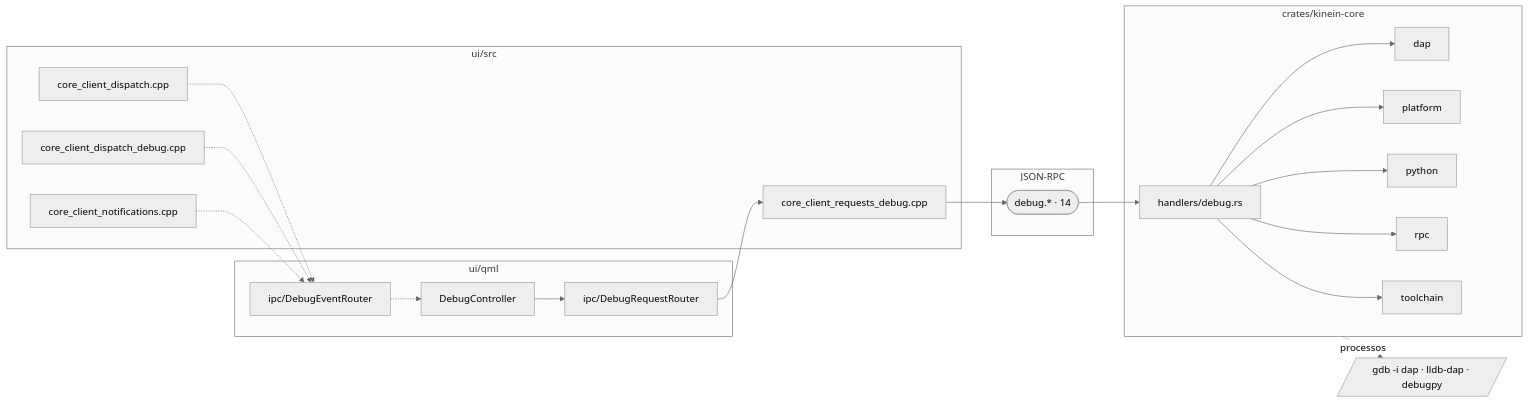
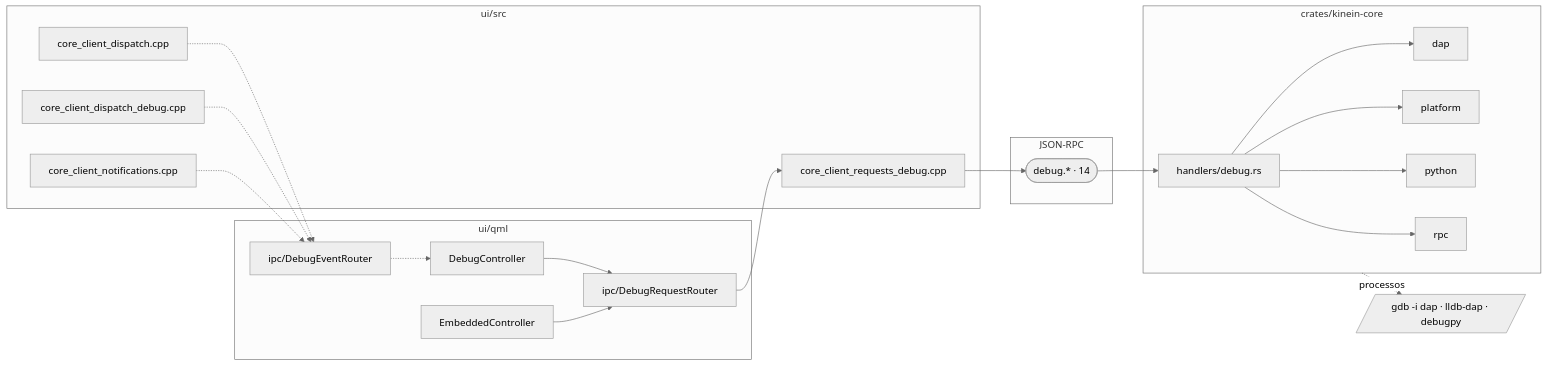
One commit to ViktorWalde/KineinVectis changed the ninth of 16 diagrams in DocsPublic/arquitetura/01-mapa-de-modulos.md. Above: the diagram before and after it, drawn with Mermaid (neutral theme). The commit also changed other lines of this file and 34 other files, not shown here.

````diff
--- a/DocsPublic/arquitetura/01-mapa-de-modulos.md
+++ b/DocsPublic/arquitetura/01-mapa-de-modulos.md
@@ -858,40 +860,40 @@
 ```mermaid
 flowchart LR
   subgraph QML["ui/qml"]
     n_ui_qml_debug_DebugController_qml["DebugController"]
+    n_ui_qml_embedded_EmbeddedController_qml["EmbeddedController"]
     n_ui_qml_ipc_DebugRequestRouter_qml["ipc/DebugRequestRouter"]
     n_ui_qml_ipc_DebugEventRouter_qml["ipc/DebugEventRouter"]
   end
   subgraph CPP["ui/src"]
     n_ui_src_core_client_dispatch_cpp["core_client_dispatch.cpp"]
     n_ui_src_core_client_dispatch_debug_cpp["core_client_dispatch_debug.cpp"]
     n_ui_src_core_client_notifications_cpp["core_client_notifications.cpp"]
     n_ui_src_core_client_requests_debug_cpp["core_client_requests_debug.cpp"]
   end
   subgraph IPC["JSON-RPC"]
     n_ipc_debug(["debug.* · 14"])
   end
   subgraph CORE["crates/kinein-core"]
     n_crates_kinein_core_src_handlers_debug_rs["handlers/debug.rs"]
     n_core_dap[dap]
     n_core_platform[platform]
     n_core_python[python]
     n_core_rpc[rpc]
-    n_core_toolchain[toolchain]
   end
   n_tools_debug[/"gdb -i dap · lldb-dap · debugpy"/]
   n_ui_qml_debug_DebugController_qml --> n_ui_qml_ipc_DebugRequestRouter_qml
+  n_ui_qml_embedded_EmbeddedController_qml --> n_ui_qml_ipc_DebugRequestRouter_qml
   n_ui_qml_ipc_DebugEventRouter_qml -.-> n_ui_qml_debug_DebugController_qml
   n_ui_qml_ipc_DebugRequestRouter_qml --> n_ui_src_core_client_requests_debug_cpp
   n_ui_src_core_client_dispatch_cpp -.-> n_ui_qml_ipc_DebugEventRouter_qml
   n_ui_src_core_client_dispatch_debug_cpp -.-> n_ui_qml_ipc_DebugEventRouter_qml
   n_ui_src_core_client_notifications_cpp -.-> n_ui_qml_ipc_DebugEventRouter_qml
   n_ui_src_core_client_requests_debug_cpp --> n_ipc_debug
   n_ipc_debug --> n_crates_kinein_core_src_handlers_debug_rs
   n_crates_kinein_core_src_handlers_debug_rs --> n_core_dap
   n_crates_kinein_core_src_handlers_debug_rs --> n_core_platform
   n_crates_kinein_core_src_handlers_debug_rs --> n_core_python
   n_crates_kinein_core_src_handlers_debug_rs --> n_core_rpc
-  n_crates_kinein_core_src_handlers_debug_rs --> n_core_toolchain
   CORE -.->|processos| n_tools_debug
 ```
````
